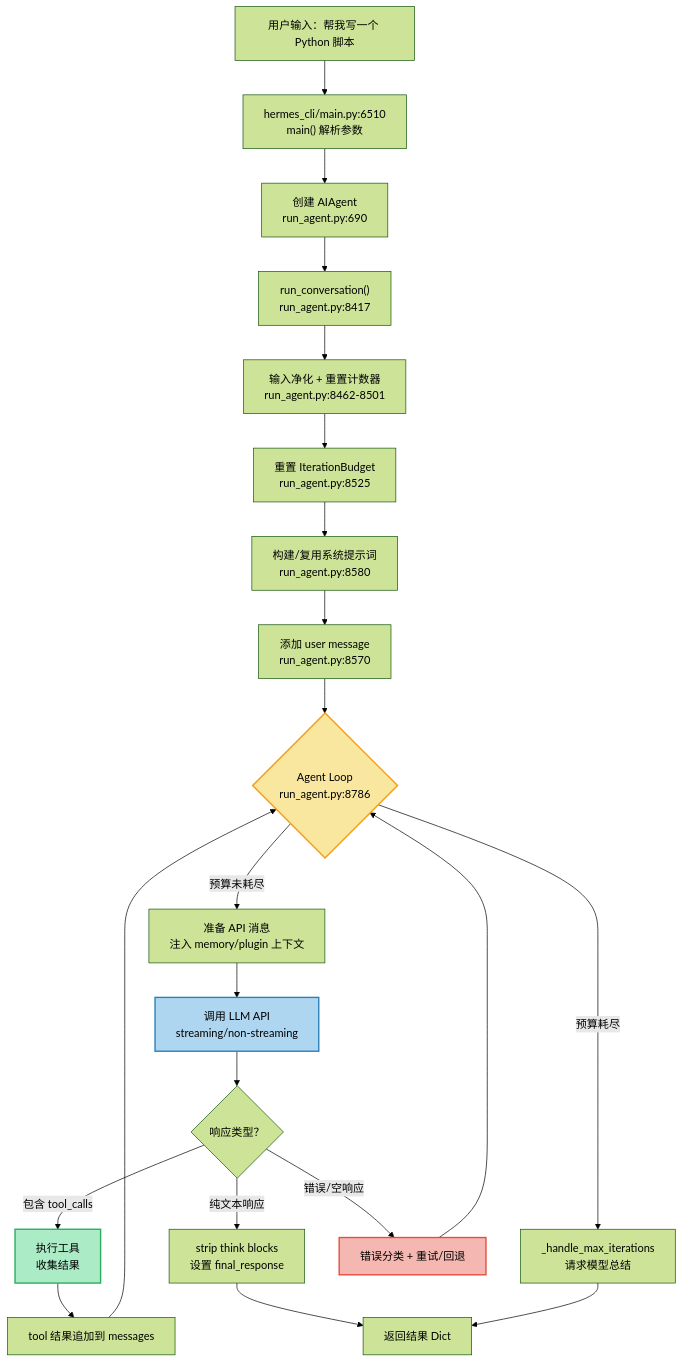
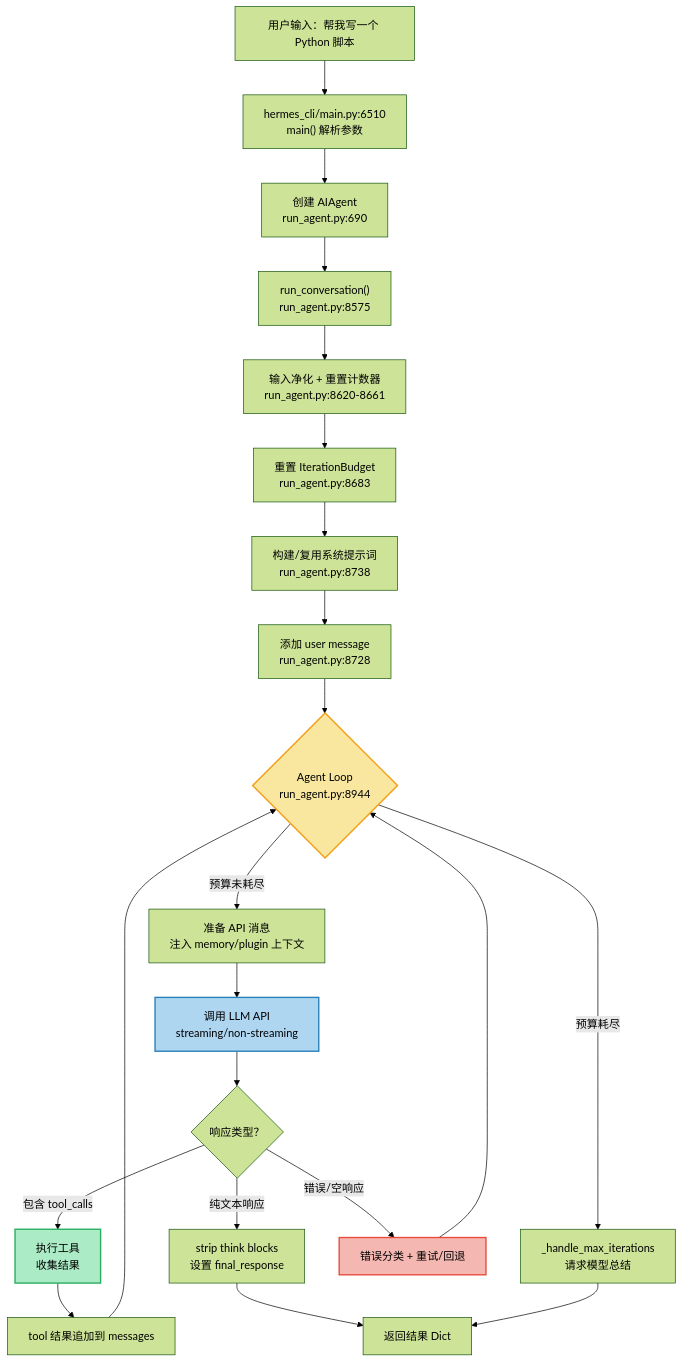
One commit to jerdbo/hermes-book changed the first of 3 diagrams in src/ch-03-request-journey.md. Above: the diagram before and after it, drawn with Mermaid (forest theme). The commit also changed other lines of this file, not shown here.

````diff
--- a/src/ch-03-request-journey.md
+++ b/src/ch-03-request-journey.md
@@ -106,28 +106,28 @@
 ```mermaid
 flowchart TD
     A["用户输入：帮我写一个 Python 脚本"] --> B["hermes_cli/main.py:6510<br/>main() 解析参数"]
     B --> C["创建 AIAgent<br/>run_agent.py:690"]
-    C --> D["run_conversation()<br/>run_agent.py:8417"]
-    D --> E["输入净化 + 重置计数器<br/>run_agent.py:8462-8501"]
-    E --> F["重置 IterationBudget<br/>run_agent.py:8525"]
-    F --> G["构建/复用系统提示词<br/>run_agent.py:8580"]
-    G --> H["添加 user message<br/>run_agent.py:8570"]
-    H --> I{"Agent Loop<br/>run_agent.py:8786"}
+    C --> D["run_conversation()<br/>run_agent.py:8575"]
+    D --> E["输入净化 + 重置计数器<br/>run_agent.py:8620-8661"]
+    E --> F["重置 IterationBudget<br/>run_agent.py:8683"]
+    F --> G["构建/复用系统提示词<br/>run_agent.py:8738"]
+    G --> H["添加 user message<br/>run_agent.py:8728"]
+    H --> I{"Agent Loop<br/>run_agent.py:8944"}
     I -->|"预算未耗尽"| J["准备 API 消息<br/>注入 memory/plugin 上下文"]
     J --> K["调用 LLM API<br/>streaming/non-streaming"]
     K --> L{"响应类型？"}
     L -->|"包含 tool_calls"| M["执行工具<br/>收集结果"]
     M --> N["tool 结果追加到 messages"]
     N --> I
     L -->|"纯文本响应"| O["strip think blocks<br/>设置 final_response"]
     O --> P["返回结果 Dict"]
     I -->|"预算耗尽"| Q["_handle_max_iterations<br/>请求模型总结"]
     Q --> P
     L -->|"错误/空响应"| R["错误分类 + 重试/回退"]
     R --> I
 
     style I fill:#f9e79f,stroke:#f39c12,stroke-width:2px
     style K fill:#aed6f1,stroke:#2980b9,stroke-width:2px
     style M fill:#abebc6,stroke:#27ae60,stroke-width:2px
     style R fill:#f5b7b1,stroke:#e74c3c,stroke-width:2px
 ```
````
